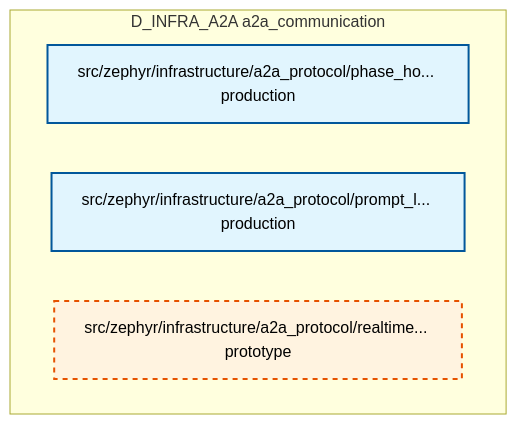
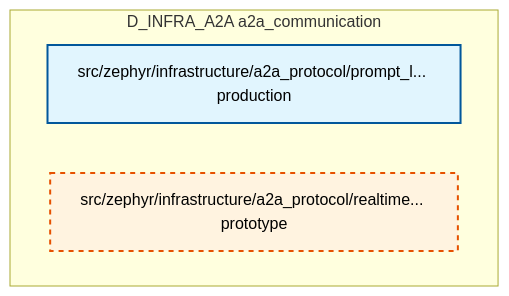
Before and after one commit to xuanFelixVan/ZephyrAlpha: the fourth of 4 diagrams in docs/02_enterprise_architecture/02_domain_architecture_docs/01_d_infra_a2a.md, drawn with Mermaid. The commit also changed other lines of this file and 70 other files, not shown here.

````diff
--- a/docs/02_enterprise_architecture/02_domain_architecture_docs/01_d_infra_a2a.md
+++ b/docs/02_enterprise_architecture/02_domain_architecture_docs/01_d_infra_a2a.md
@@ -288,14 +288,13 @@
 ```mermaid
 graph TD
     subgraph D_INFRA_A2A["D_INFRA_A2A a2a_communication"]
-        src_zephyr_infrastructure_a2a_protocol_phase_hold_py["src/zephyr/infrastructure/a2a_protocol/phase_ho... production"]
         src_zephyr_infrastructure_a2a_protocol_prompt_lifecycle_py["src/zephyr/infrastructure/a2a_protocol/prompt_l... production"]
         src_zephyr_infrastructure_a2a_protocol_realtime_streaming_py["src/zephyr/infrastructure/a2a_protocol/realtime... prototype"]
     end
     classDef production fill:#e1f5fe,stroke:#01579b,stroke-width:2px,color:#000
     classDef design fill:#fff3e0,stroke:#e65100,stroke-width:2px,color:#000,stroke-dasharray: 5 5
     classDef external_prod fill:#e8f5e9,stroke:#1b5e20,stroke-width:1px,color:#000
     classDef external_design fill:#fce4ec,stroke:#880e4f,stroke-width:1px,color:#000,stroke-dasharray: 5 5
-    class src_zephyr_infrastructure_a2a_protocol_phase_hold_py,src_zephyr_infrastructure_a2a_protocol_prompt_lifecycle_py production
+    class src_zephyr_infrastructure_a2a_protocol_prompt_lifecycle_py production
     class src_zephyr_infrastructure_a2a_protocol_realtime_streaming_py design
 ```
````
